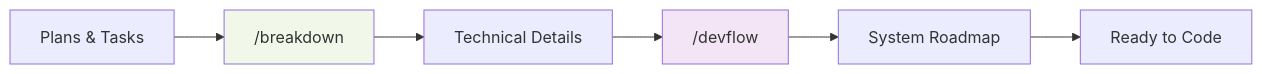
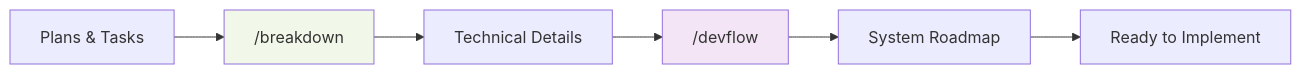
Before and after one commit to Mathews-Tom/sage-dev: the fourth of 23 diagrams in commands/WORKFLOW.md, drawn with Mermaid. The commit also changed other lines of this file and 2 other files, not shown here.

First line of the commit message:
docs: introduce /implement command and integrate phased implementation across workflow

````diff
--- a/commands/WORKFLOW.md
+++ b/commands/WORKFLOW.md
@@ -91,11 +94,11 @@
 ```mermaid
 graph LR
     A[Plans & Tasks] --> B["/breakdown"]
     B --> C[Technical Details]
     C --> D["/devflow"]
     D --> E[System Roadmap]
-    E --> F[Ready to Code]
-    
+    E --> F[Ready to Implement]
+
     style B fill:#f1f8e9
     style D fill:#f3e5f5
 ```
````
